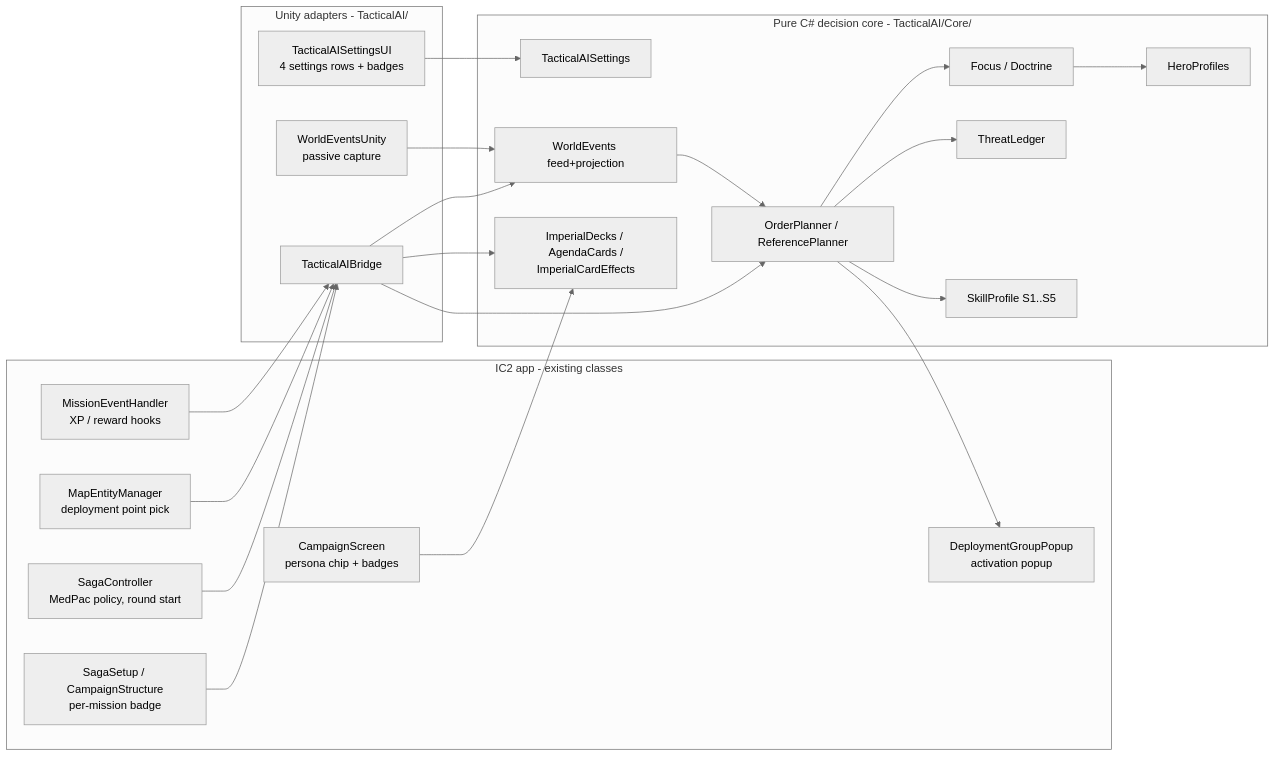
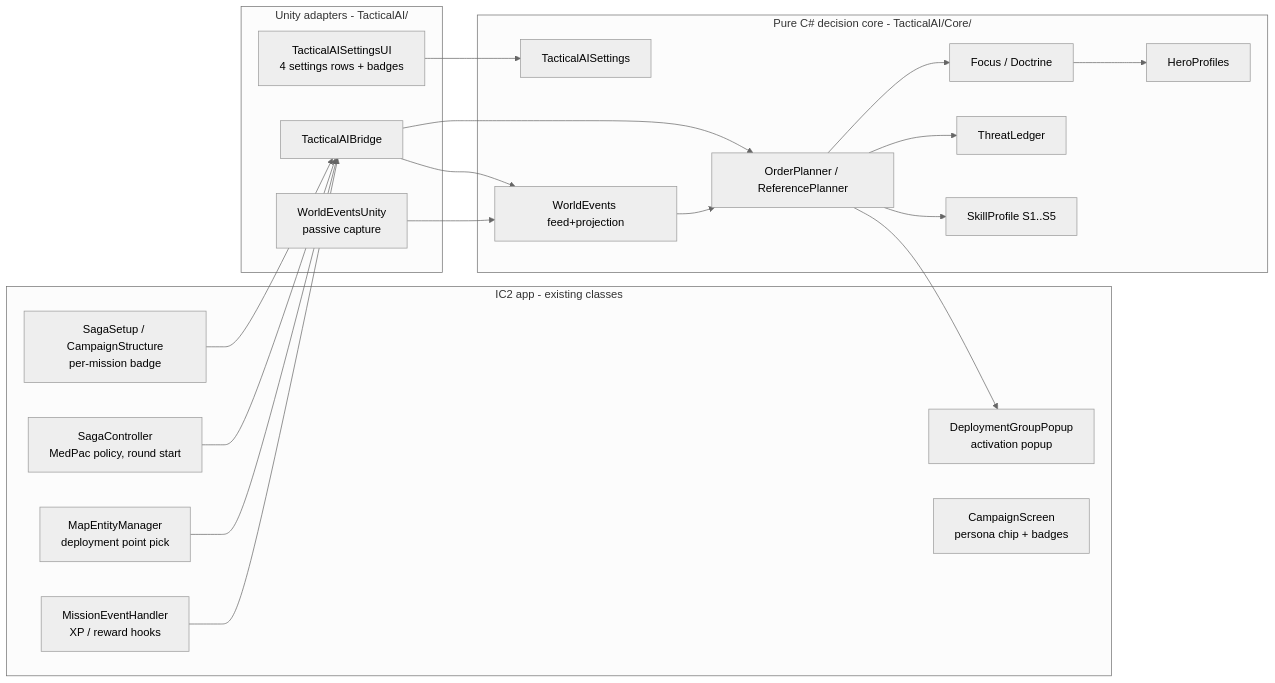
One commit to wit19/ImperialAdmiral changed the first of 3 diagrams in docs/MECHANICS_tactical_ai.md. Above: the diagram before and after it, drawn with Mermaid (neutral theme). The commit also changed other lines of this file, not shown here.

````diff
--- a/docs/MECHANICS_tactical_ai.md
+++ b/docs/MECHANICS_tactical_ai.md
@@ -39,42 +39,39 @@
 ```mermaid
 flowchart LR
   subgraph App [IC2 app - existing classes]
     SE[SagaSetup / CampaignStructure\nper-mission badge]
     SC[SagaController\nMedPac policy, round start]
     ME[MapEntityManager\ndeployment point pick]
     DGP[DeploymentGroupPopup\nactivation popup]
     EH[MissionEventHandler\nXP / reward hooks]
     CM[CampaignScreen\npersona chip + badges]
   end
   subgraph Bridge [Unity adapters - TacticalAI/]
     BR[TacticalAIBridge]
     WE[WorldEventsUnity\npassive capture]
     UI[TacticalAISettingsUI\n4 settings rows + badges]
   end
   subgraph Core [Pure C# decision core - TacticalAI/Core/]
     SET[TacticalAISettings]
     WF[WorldEvents feed+projection]
     HP[HeroProfiles]
     FC[Focus / Doctrine]
     OP[OrderPlanner / ReferencePlanner]
     TL[ThreatLedger]
     SK[SkillProfile S1..S5]
-    DS[ImperialDecks / AgendaCards /\nImperialCardEffects]
   end
   SE --> BR
   SC --> BR
   ME --> BR
   EH --> BR
-  CM --> DS
   BR --> WF
   BR --> OP
-  BR --> DS
   WE --> WF
   UI --> SET
   OP --> SK
   OP --> FC
   OP --> TL
   FC --> HP
   WF --> OP
   OP --> DGP
 ```
````
